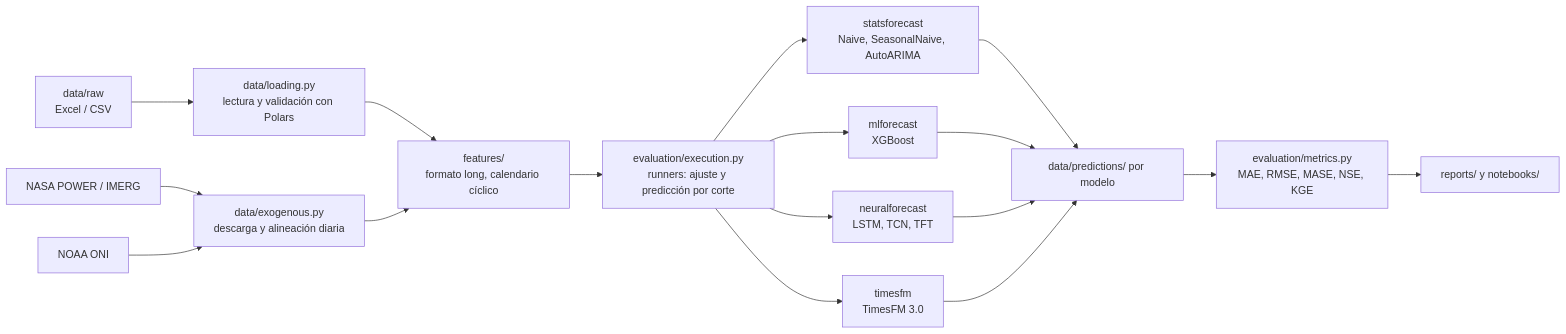
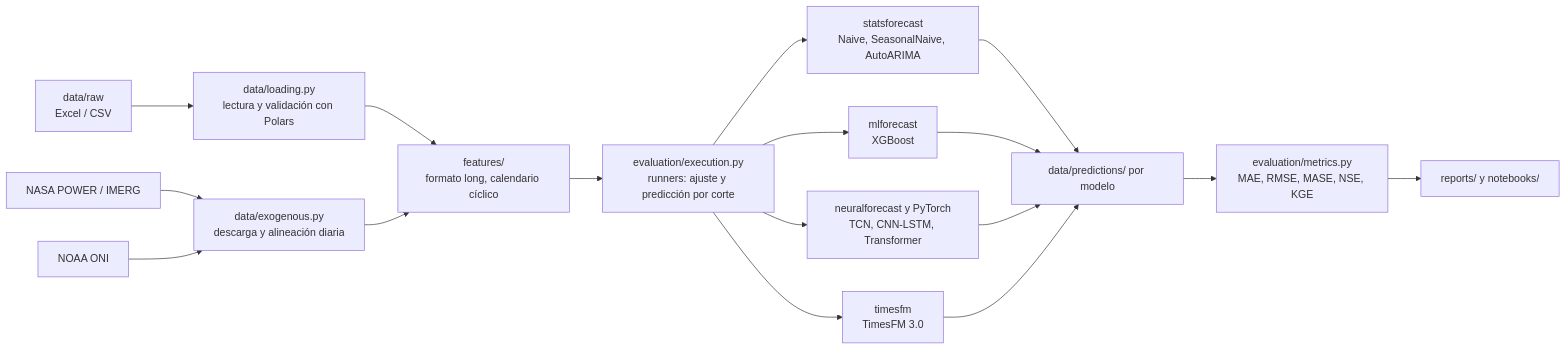
Before and after one commit to Cesar2926/orinoco-forecast: the first of 2 diagrams in README.md, drawn with Mermaid. The commit also changed other lines of this file and 2 other files, not shown here.

Commit message:
docs: document the Transformer and its validation results

````diff
--- a/README.md
+++ b/README.md
@@ -172,16 +172,16 @@
 ```mermaid
 flowchart LR
   RAW[data/raw<br/>Excel / CSV] --> LOAD[data/loading.py<br/>lectura y validación con Polars]
   NASA[NASA POWER / IMERG] --> EXO[data/exogenous.py<br/>descarga y alineación diaria]
   ONI[NOAA ONI] --> EXO
   LOAD --> FEAT[features/<br/>formato long, calendario cíclico]
   EXO --> FEAT
   FEAT --> BT[evaluation/execution.py<br/>runners: ajuste y predicción por corte]
   BT --> M1[statsforecast<br/>Naive, SeasonalNaive, AutoARIMA]
   BT --> M2[mlforecast<br/>XGBoost]
-  BT --> M3[neuralforecast<br/>LSTM, TCN, TFT]
+  BT --> M3[neuralforecast y PyTorch<br/>TCN, CNN-LSTM, Transformer]
   BT --> M4[timesfm<br/>TimesFM 3.0]
   M1 & M2 & M3 & M4 --> PRED[data/predictions/ por modelo]
   PRED --> MET[evaluation/metrics.py<br/>MAE, RMSE, MASE, NSE, KGE]
   MET --> REP[reports/ y notebooks/]
 ```
````
